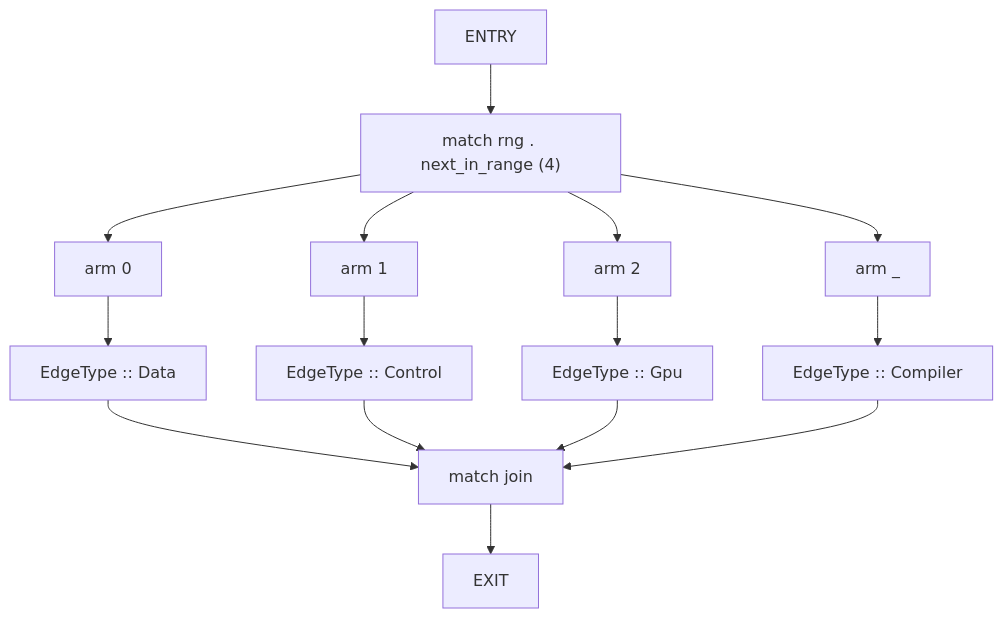
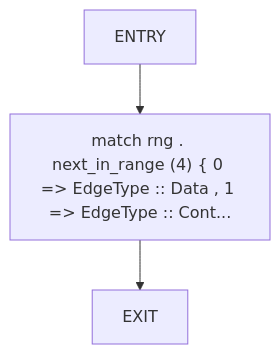
One commit to cicero-violate/MMSB changed diagram 24 of 52 in docs/analysis/cfg/100-tests.md. Above: the diagram before and after it, drawn with Mermaid. The commit also changed other lines of this file and 865 other files, not shown here.

````diff
--- a/docs/analysis/cfg/100-tests.md
+++ b/docs/analysis/cfg/100-tests.md
@@ -707,29 +593,8 @@
 ```mermaid
 flowchart TD
     random_edge_type_0["ENTRY"]
-    random_edge_type_1["match rng . next_in_range (4)"]
-    random_edge_type_2["arm 0"]
-    random_edge_type_3["EdgeType :: Data"]
-    random_edge_type_4["arm 1"]
-    random_edge_type_5["EdgeType :: Control"]
-    random_edge_type_6["arm 2"]
-    random_edge_type_7["EdgeType :: Gpu"]
-    random_edge_type_8["arm _"]
-    random_edge_type_9["EdgeType :: Compiler"]
-    random_edge_type_10["match join"]
-    random_edge_type_11["EXIT"]
+    random_edge_type_1["match rng . next_in_range (4) { 0 => EdgeType :: Data , 1 => EdgeType :: Cont..."]
+    random_edge_type_2["EXIT"]
     random_edge_type_0 --> random_edge_type_1
     random_edge_type_1 --> random_edge_type_2
-    random_edge_type_2 --> random_edge_type_3
-    random_edge_type_1 --> random_edge_type_4
-    random_edge_type_4 --> random_edge_type_5
-    random_edge_type_1 --> random_edge_type_6
-    random_edge_type_6 --> random_edge_type_7
-    random_edge_type_1 --> random_edge_type_8
-    random_edge_type_8 --> random_edge_type_9
-    random_edge_type_3 --> random_edge_type_10
-    random_edge_type_5 --> random_edge_type_10
-    random_edge_type_7 --> random_edge_type_10
-    random_edge_type_9 --> random_edge_type_10
-    random_edge_type_10 --> random_edge_type_11
 ```
````
